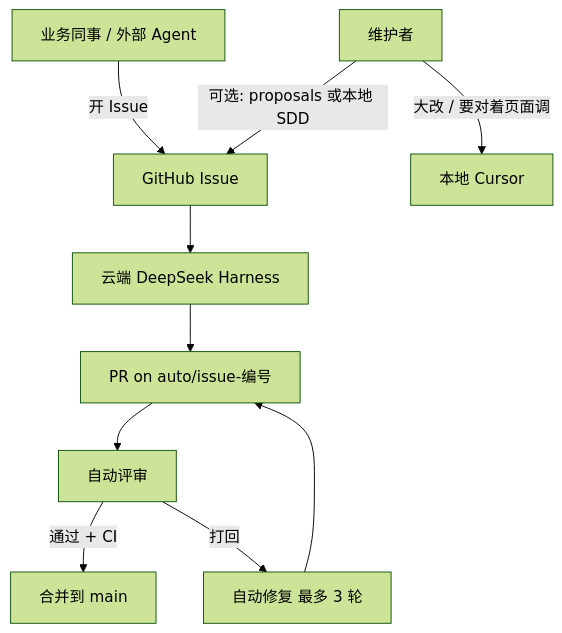
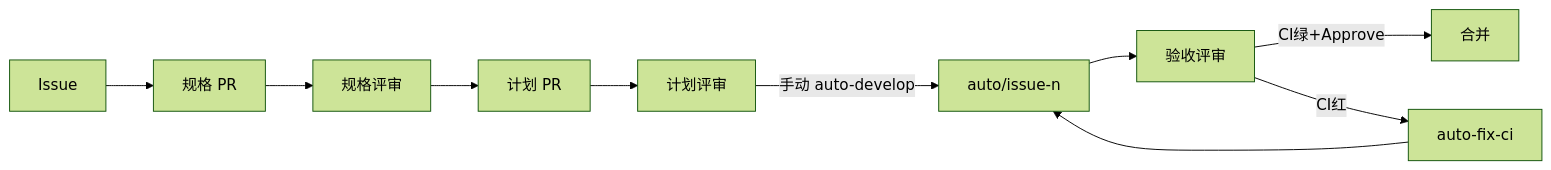
The diagram in docs/流水线全流程.md (GD-SaiKen/auto-dev), drawn with Mermaid (forest theme) before and after one commit. The commit also changed other lines of this file and 16 other files, not shown here.

First line of the commit message:
feat(流水线): SDD 八步先行、plan-reviewed 门禁与 CI 全 PR 自修

````diff
--- a/docs/流水线全流程.md
+++ b/docs/流水线全流程.md
@@ -34,12 +34,12 @@
 ```mermaid
-flowchart TB
-  biz[业务同事 / 外部 Agent] -->|开 Issue| gh[GitHub Issue]
-  maint[维护者] -->|可选: proposals 或本地 SDD| gh
-  gh --> cloud[云端 DeepSeek Harness]
-  cloud --> pr[PR on auto/issue-编号]
-  pr --> review[自动评审]
-  review -->|通过 + CI| merge[合并到 main]
-  review -->|打回| fix[自动修复 最多 3 轮]
-  fix --> pr
-  maint -->|大改 / 要对着页面调| local[本地 Cursor]
+flowchart LR
+  issue[Issue] --> spec[规格 PR]
+  spec --> revS[规格评审]
+  revS --> plan[计划 PR]
+  plan --> revP[计划评审]
+  revP -->|手动 auto-develop| exec[auto/issue-n]
+  exec --> verify[验收评审]
+  verify -->|CI绿+Approve| merge[合并]
+  verify -->|CI红| fixci[auto-fix-ci]
+  fixci --> exec
 ```
````
